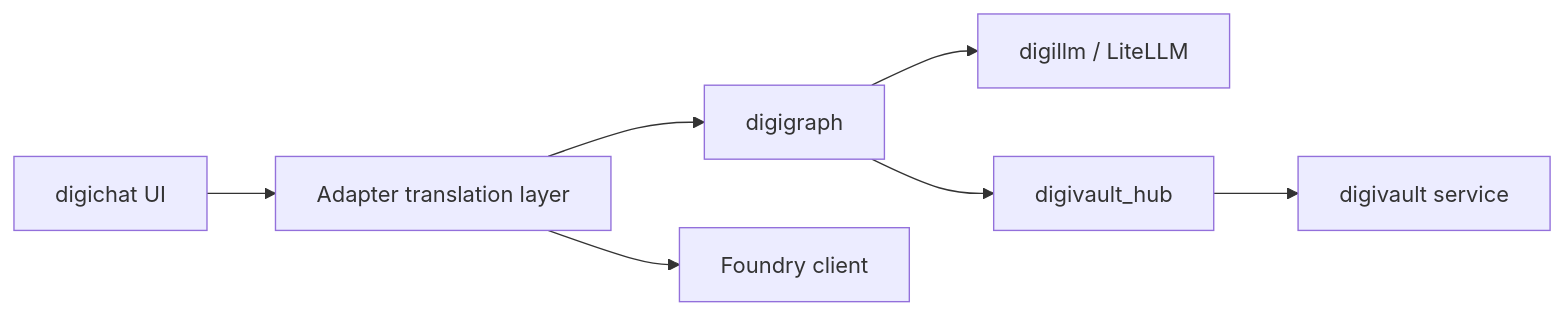
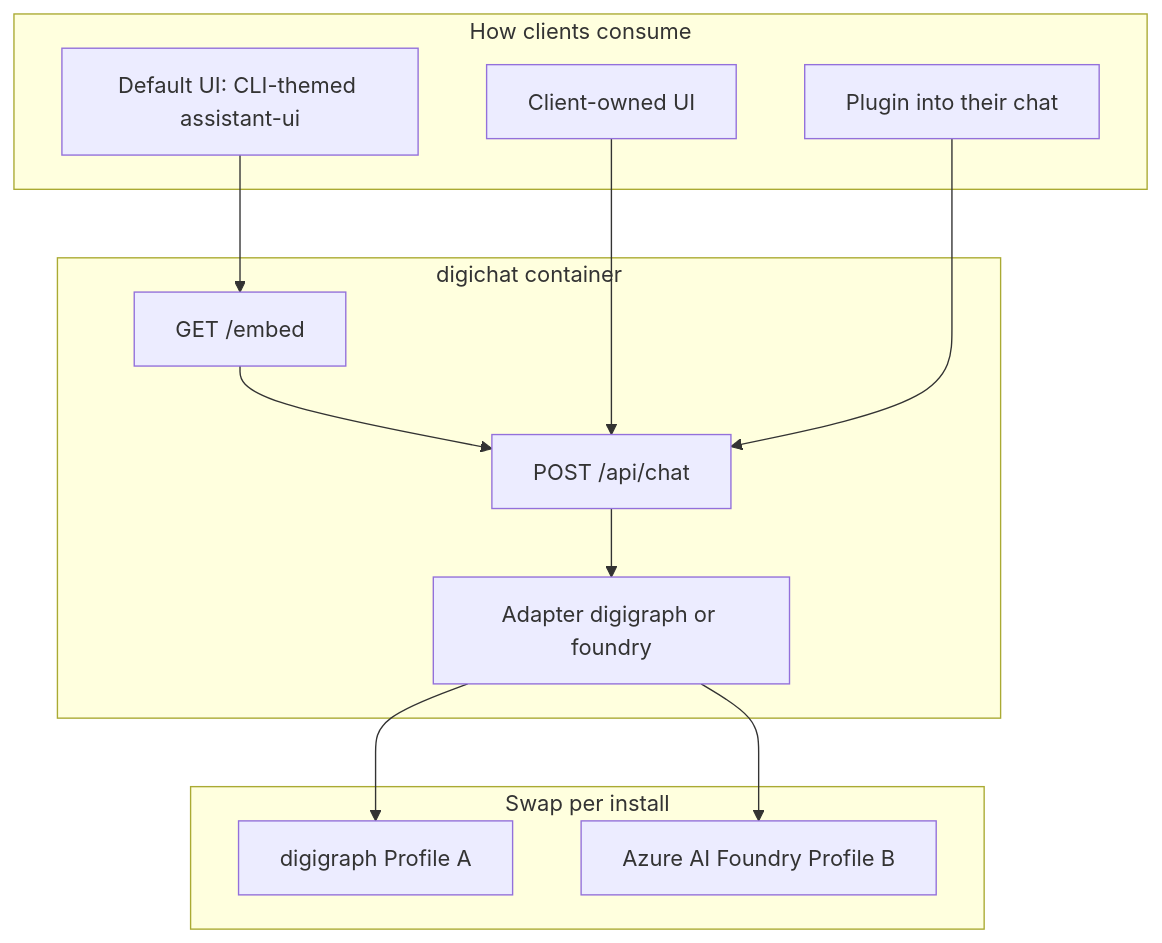
Before and after one commit to digithings-ai/digithings: the diagram in docs/architecture/digichat-modular-frontend.md, drawn with Mermaid. The commit also changed other lines of this file and 21 other files, not shown here.

First line of the commit message:
feat(digichat): BFF product contract; assistant-ui owns session parts

````diff
--- a/docs/architecture/digichat-modular-frontend.md
+++ b/docs/architecture/digichat-modular-frontend.md
@@ -31,11 +39,24 @@
 ```mermaid
-flowchart LR
-  UI["digichat UI"]
-  Adapters["Adapter translation layer"]
-  UI --> Adapters
-  Adapters --> DG["digigraph"]
-  Adapters --> Foundry["Foundry client"]
-  DG --> digillmNode["digillm / LiteLLM"]
-  DG --> VaultHub["digivault_hub"]
-  VaultHub --> digivaultNode["digivault service"]
+flowchart TB
+  subgraph consume [How clients consume]
+    appUI["Default UI: CLI-themed assistant-ui"]
+    ownUI["Client-owned UI"]
+    plugin["Plugin into their chat"]
+  end
+  subgraph digichat [digichat container]
+    embed["GET /embed"]
+    bff["POST /api/chat"]
+    adapters["Adapter digigraph or foundry"]
+    embed --> bff
+    bff --> adapters
+  end
+  subgraph backends [Swap per install]
+    dg["digigraph Profile A"]
+    foundry["Azure AI Foundry Profile B"]
+  end
+  appUI --> embed
+  ownUI --> bff
+  plugin --> bff
+  adapters --> dg
+  adapters --> foundry
 ```
````
